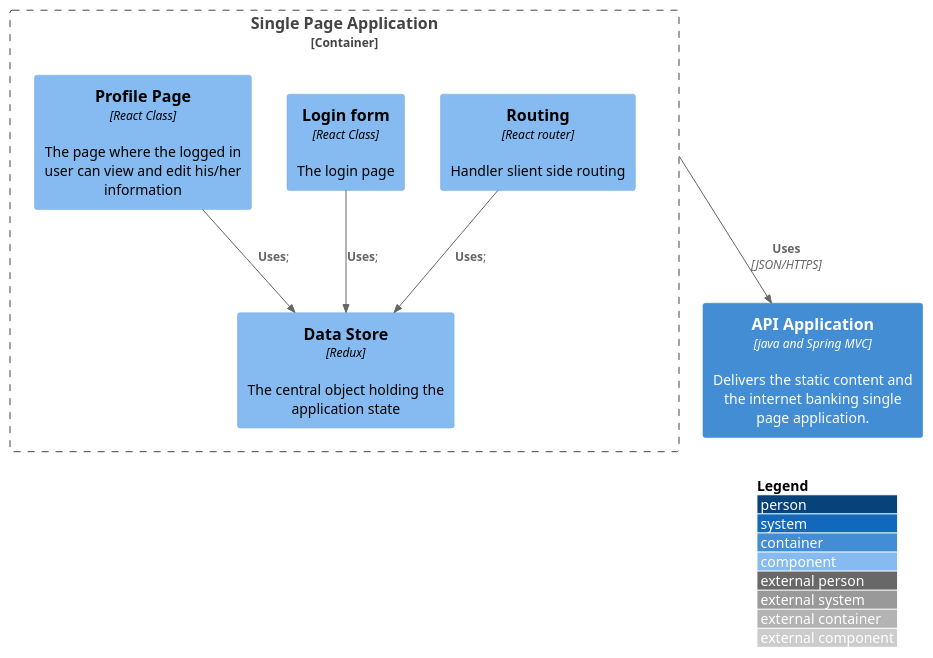
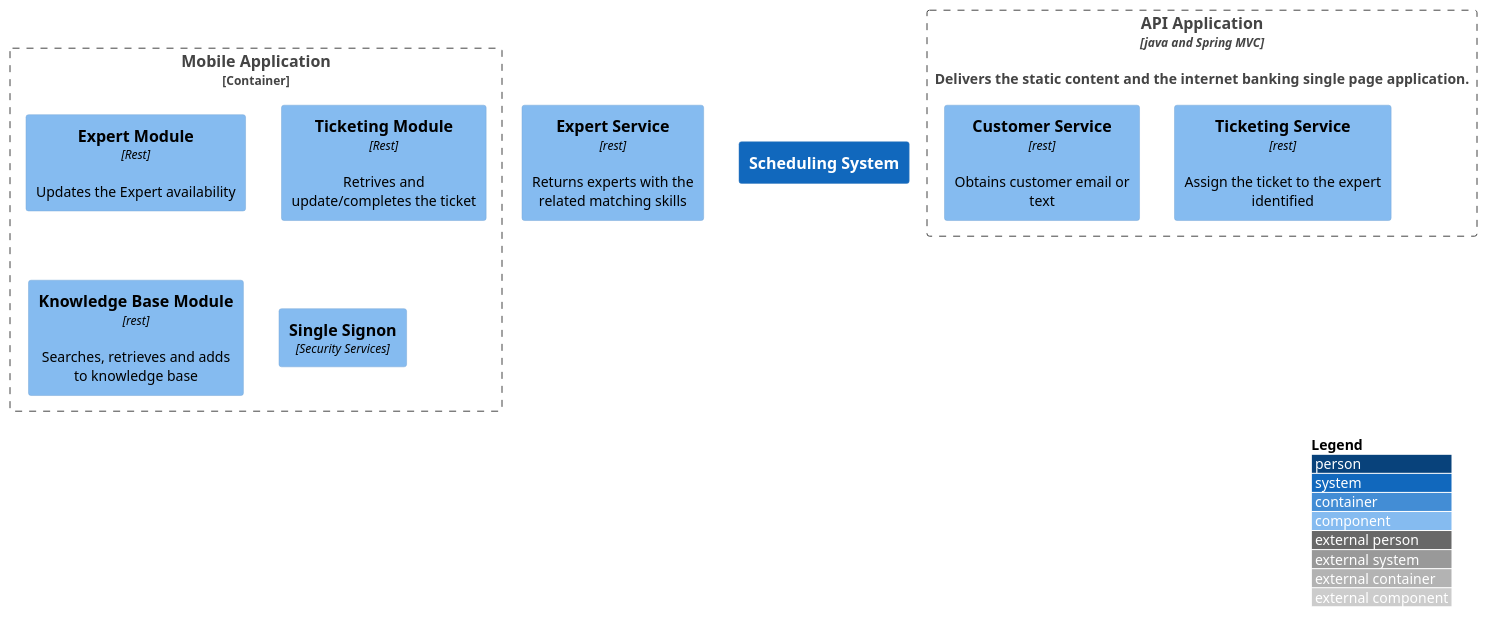
One commit to architectonics/sysopssquad changed the diagram in src/1 Sysops Squad/Mobile App/container.puml. Above: the diagram before and after it, drawn with PlantUML. The commit also changed 12 other files, not shown here.

```diff
--- a/src/1 Sysops Squad/Mobile App/container.puml
+++ b/src/1 Sysops Squad/Mobile App/container.puml
@@ -1,21 +1,27 @@
 @startuml
 !include https://raw.githubusercontent.com/adrianvlupu/C4-PlantUML/latest/C4_Component.puml
 
 LAYOUT_WITH_LEGEND()
 
+Person(expert, "Expert", "Expert of the Sysops Squad")
 Container(api, "API Application", "java and Spring MVC", "Delivers the static content and the internet banking single page application.")
+System(scs, "Scheduling System")
 
-Container_Boundary(spa, "Single Page Application") {
-    Component(routing, "Routing", "React router", "Handler slient side routing")
-    Component(store, "Data Store", "Redux", "The central object holding the application state")
-    Component(login, "Login form", "React Class", "The login page")
-    Component(profile, "Profile Page", "React Class", "The page where the logged in user can view and edit his/her information")
+Container_Boundary(api, "API"){
+
+    Component(expert, "Expert Service", "rest", "Returns experts with the related matching skills")
+    Component(ticketsvc, "Ticketing Service", "rest", "Assign the ticket to the expert identified")
+    Component(kbsvc, "Customer Service", "rest", "Obtains customer email or text")
+
 }
 
-Rel(spa, api, "Uses", "JSON/HTTPS")
 
-Rel(login, store, "Uses");
-Rel(routing, store, "Uses");
-Rel(profile, store, "Uses");
+Container_Boundary(ma, "Mobile Application") {
+    Component(expertmod, "Expert Module", "Rest", "Updates the Expert availability")
+    Component(ticketmod, "Ticketing Module", "Rest", "Retrives and update/completes the ticket")
+    Component(kbmod, "Knowledge Base Module", "rest", "Searches, retrieves and adds to knowledge base")
+    Component(sso, "Single Signon", "Security Services")
+}
+
 
 @enduml
```
